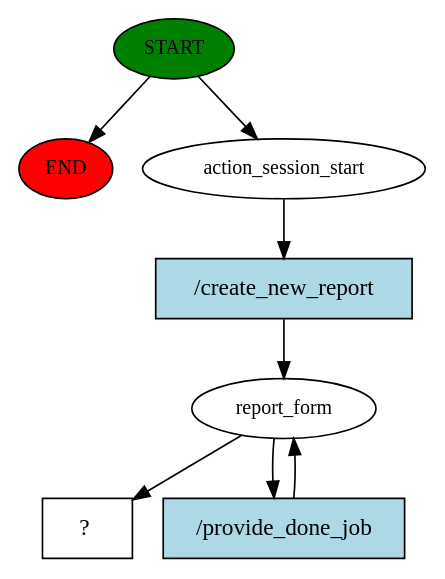
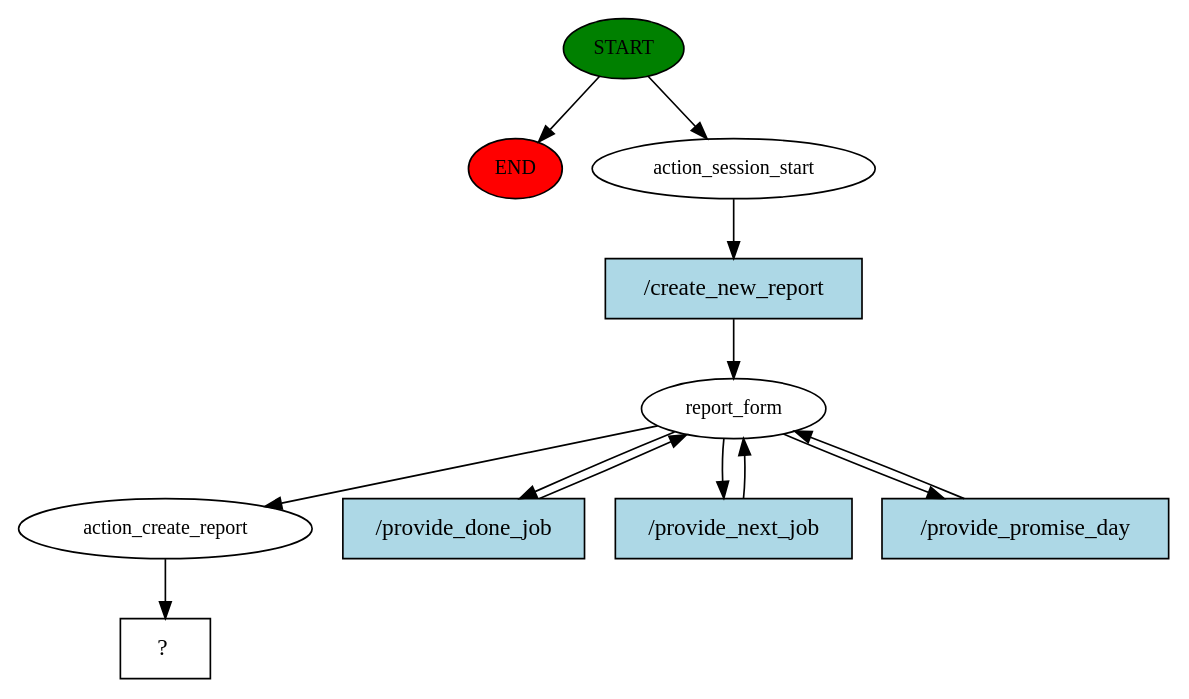
Before and after one commit to b2007220/rasa-chatbot: the diagram in story_graph.dot, drawn with Graphviz. The commit also changed 639 other files, not shown here.

```diff
--- a/story_graph.dot
+++ b/story_graph.dot
@@ -1,16 +1,24 @@
 digraph  {
 0 [class="start active", fillcolor=green, fontsize=12, label=START, style=filled];
 "-1" [class=end, fillcolor=red, fontsize=12, label=END, style=filled];
 1 [class=active, fontsize=12, label=action_session_start];
 2 [class=active, fontsize=12, label=report_form];
-4 [class="intent dashed active", label="  ?  ", shape=rect];
-5 [class="intent active", fillcolor=lightblue, label="/create_new_report", shape=rect, style=filled];
-6 [class="intent active", fillcolor=lightblue, label="/provide_done_job", shape=rect, style=filled];
+6 [class=active, fontsize=12, label=action_create_report];
+7 [class="intent dashed active", label="  ?  ", shape=rect];
+8 [class="intent active", fillcolor=lightblue, label="/create_new_report", shape=rect, style=filled];
+9 [class="intent active", fillcolor=lightblue, label="/provide_done_job", shape=rect, style=filled];
+10 [class="intent active", fillcolor=lightblue, label="/provide_next_job", shape=rect, style=filled];
+11 [class="intent active", fillcolor=lightblue, label="/provide_promise_day", shape=rect, style=filled];
 0 -> "-1"  [class="", key=NONE, label=""];
 0 -> 1  [class=active, key=NONE, label=""];
-1 -> 5  [class=active, key=0];
-2 -> 4  [class=active, key=NONE, label=""];
-2 -> 6  [class=active, key=0];
-5 -> 2  [class=active, key=0];
-6 -> 2  [class=active, key=0];
+1 -> 8  [class=active, key=0];
+2 -> 6  [class=active, key=NONE, label=""];
+2 -> 9  [class=active, key=0];
+2 -> 10  [class=active, key=0];
+2 -> 11  [class=active, key=0];
+6 -> 7  [class=active, key=NONE, label=""];
+8 -> 2  [class=active, key=0];
+9 -> 2  [class=active, key=0];
+10 -> 2  [class=active, key=0];
+11 -> 2  [class=active, key=0];
 }
```
